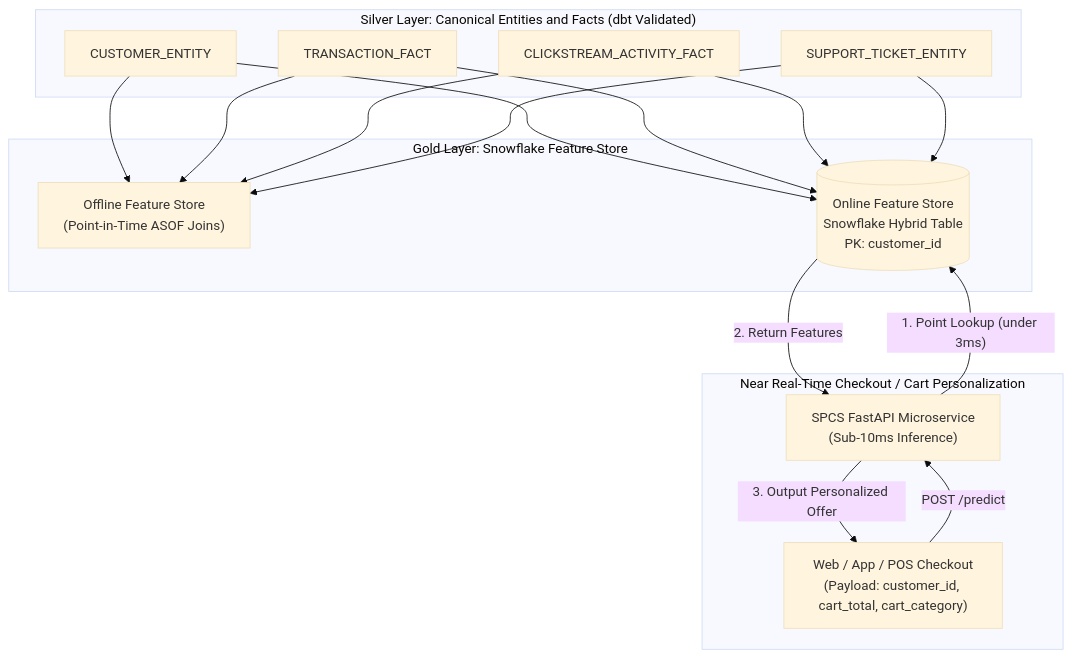
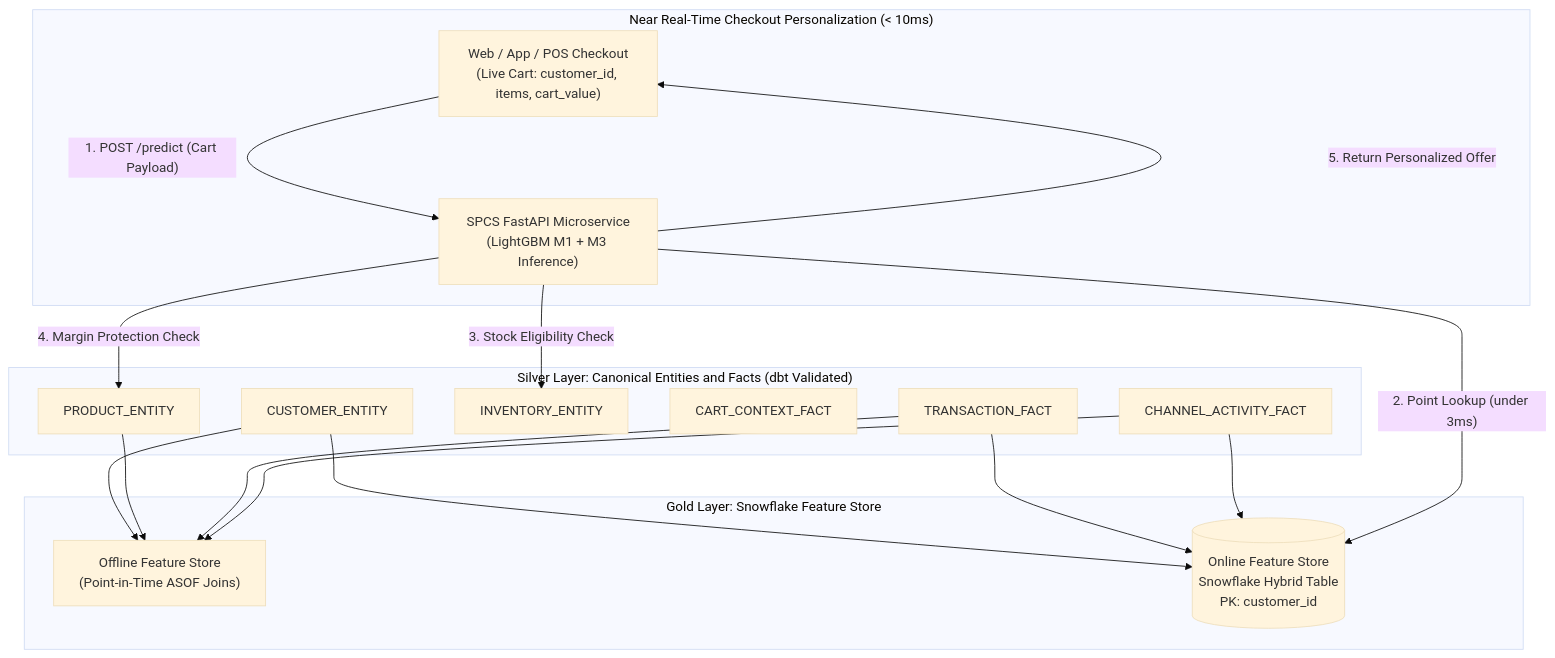
Before and after one commit to Nitheesh-542072/retail-ml-project: the second of 3 diagrams in snowflake_ml_architecture_design_document.md, drawn with Mermaid (base theme). The commit also changed other lines of this file and 11 other files, not shown here.

````diff
--- a/snowflake_ml_architecture_design_document.md
+++ b/snowflake_ml_architecture_design_document.md
@@ -146,32 +157,34 @@
 ```mermaid
 flowchart TD
     subgraph SILVER ["Silver Layer: Canonical Entities and Facts (dbt Validated)"]
         CUST["CUSTOMER_ENTITY"]
+        PROD["PRODUCT_ENTITY"]
+        INV["INVENTORY_ENTITY"]
+        CART["CART_CONTEXT_FACT"]
         TXN["TRANSACTION_FACT"]
-        ACT["CLICKSTREAM_ACTIVITY_FACT"]
-        TKT["SUPPORT_TICKET_ENTITY"]
+        ACT["CHANNEL_ACTIVITY_FACT"]
     end
 
     subgraph GOLD ["Gold Layer: Snowflake Feature Store"]
         FS_OFF["Offline Feature Store<br>(Point-in-Time ASOF Joins)"]
         FS_ON[("Online Feature Store<br>Snowflake Hybrid Table<br>PK: customer_id")]
     end
 
-    subgraph SERVING ["Near Real-Time Checkout / Cart Personalization"]
-        CLI["Web / App / POS Checkout<br>(Payload: customer_id, cart_total, cart_category)"]
-        SPCS["SPCS FastAPI Microservice<br>(Sub-10ms Inference)"]
+    subgraph SERVING ["Near Real-Time Checkout Personalization (< 10ms)"]
+        CLI["Web / App / POS Checkout<br>(Live Cart: customer_id, items, cart_value)"]
+        SPCS["SPCS FastAPI Microservice<br>(LightGBM M1 + M3 Inference)"]
     end
 
     CUST --> FS_OFF
+    PROD --> FS_OFF
     TXN --> FS_OFF
     ACT --> FS_OFF
-    TKT --> FS_OFF
     CUST --> FS_ON
     TXN --> FS_ON
     ACT --> FS_ON
-    TKT --> FS_ON
-    CLI -->|"POST /predict"| SPCS
-    SPCS -->|"1. Point Lookup (under 3ms)"| FS_ON
-    FS_ON -->|"2. Return Features"| SPCS
-    SPCS -->|"3. Output Personalized Offer"| CLI
+    CLI -->|"1. POST /predict (Cart Payload)"| SPCS
+    SPCS -->|"2. Point Lookup (under 3ms)"| FS_ON
+    SPCS -->|"3. Stock Eligibility Check"| INV
+    SPCS -->|"4. Margin Protection Check"| PROD
+    SPCS -->|"5. Return Personalized Offer"| CLI
 ```
````
